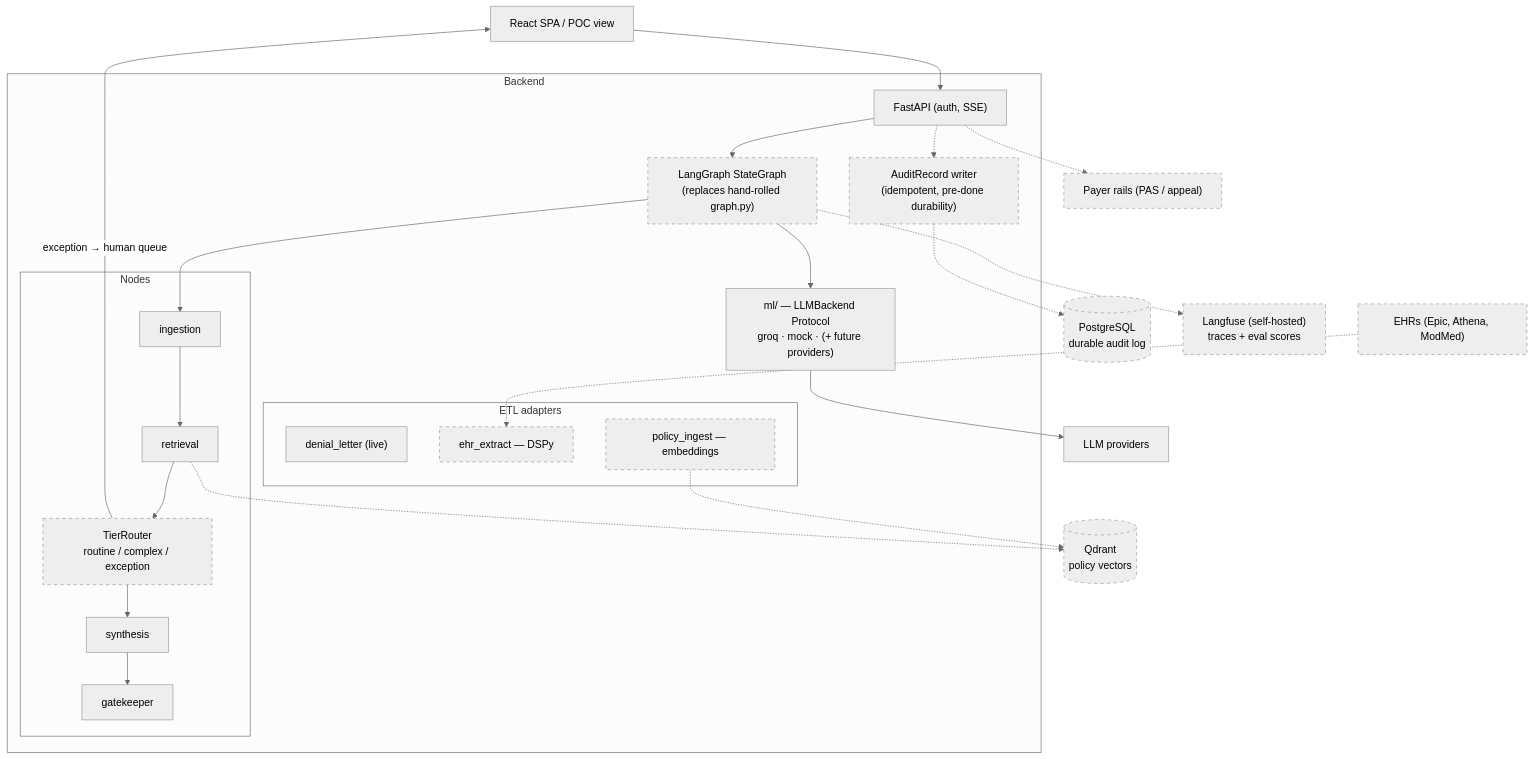
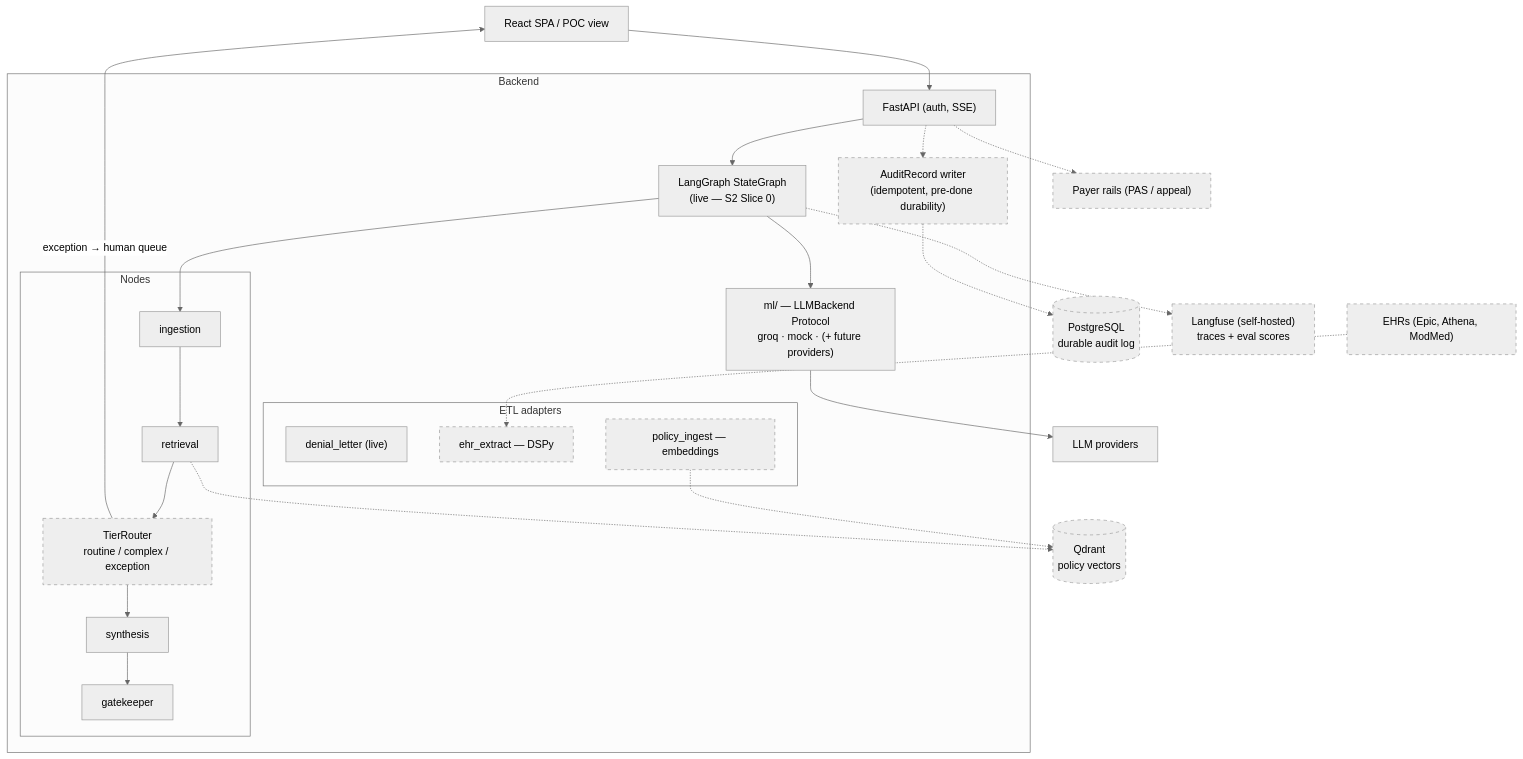
Before and after one commit to mcruz90/paxos-demo: the diagram in docs/architecture/10-roadmap-traceability.md, drawn with Mermaid (neutral theme). The commit also changed other lines of this file and 2 other files, not shown here.

Commit message:
docs(architecture): LangGraph orchestrator is live — 02/ADR-0001/10 updated in-series
Doc 02 orchestration section rewritten interim->as-built (wrapper nodes,
conditional retry edge, config-injected backend, LangSmith kill switch);
ADR-0001 status marked executed 2026-07-02; roadmap traceability row and
container diagram flipped to live.

````diff
--- a/docs/architecture/10-roadmap-traceability.md
+++ b/docs/architecture/10-roadmap-traceability.md
@@ -13,54 +13,53 @@
 ```mermaid
 flowchart TB
     ui["React SPA / POC view"]
 
     subgraph backend ["Backend"]
         api2["FastAPI (auth, SSE)"]
-        lg["LangGraph StateGraph<br/>(replaces hand-rolled graph.py)"]
+        lg["LangGraph StateGraph<br/>(live — S2 Slice 0)"]
         subgraph nodes2 ["Nodes"]
             ing2["ingestion"]
             ret2["retrieval"]
             tier["TierRouter<br/>routine / complex / exception"]
             syn2["synthesis"]
             gate2["gatekeeper"]
         end
         ml2["ml/ — LLMBackend Protocol<br/>groq · mock · (+ future providers)"]
         subgraph etl2 ["ETL adapters"]
             dl["denial_letter (live)"]
             ehr2["ehr_extract — DSPy"]
             pol["policy_ingest — embeddings"]
         end
         audit["AuditRecord writer<br/>(idempotent, pre-done durability)"]
     end
 
     qd2[("Qdrant<br/>policy vectors")]
     pg3[("PostgreSQL<br/>durable audit log")]
     lf2["Langfuse (self-hosted)<br/>traces + eval scores"]
     groq3["LLM providers"]
     payer2["Payer rails (PAS / appeal)"]
     ehrs["EHRs (Epic, Athena, ModMed)"]
 
     ui --> api2 --> lg
     lg --> ing2 --> ret2 --> tier
     tier --> syn2 --> gate2
     tier -- "exception → human queue" --> ui
     ml2 --> groq3
     lg --> ml2
     ret2 -.-> qd2
     pol -.-> qd2
     ehrs -.-> ehr2
     lg -.-> lf2
     api2 -.-> audit -.-> pg3
     api2 -.-> payer2
 
-    style lg stroke-dasharray: 5 5
     style tier stroke-dasharray: 5 5
     style ehr2 stroke-dasharray: 5 5
     style pol stroke-dasharray: 5 5
     style qd2 stroke-dasharray: 5 5
     style pg3 stroke-dasharray: 5 5
     style lf2 stroke-dasharray: 5 5
     style audit stroke-dasharray: 5 5
     style payer2 stroke-dasharray: 5 5
     style ehrs stroke-dasharray: 5 5
 ```
````
